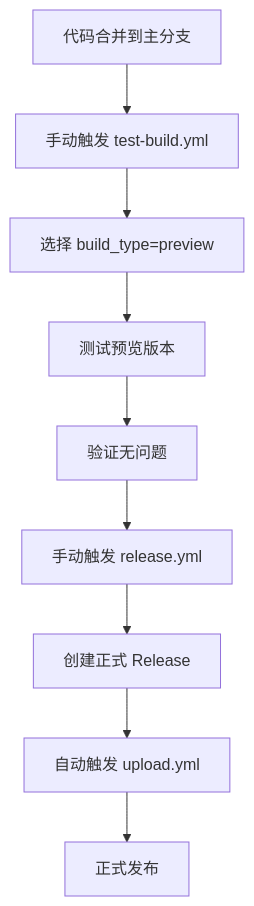
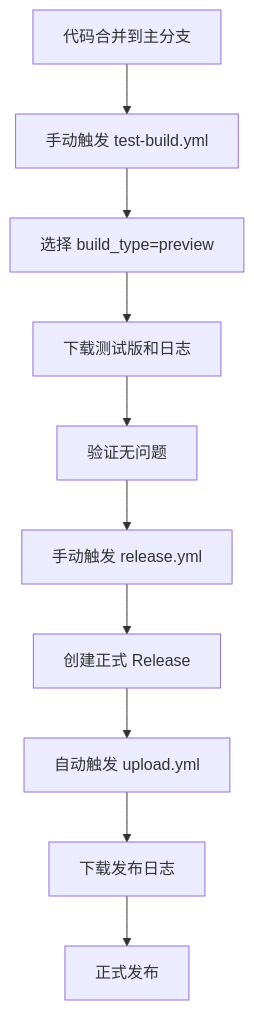
The second of 3 diagrams in .github/workflows/README.md (Polystachya/koishi-android), drawn with Mermaid before and after one commit. The commit also changed other lines of this file, not shown here.

````diff
--- a/.github/workflows/README.md
+++ b/.github/workflows/README.md
@@ -106,11 +143,12 @@
 ```mermaid
 graph TD
     A[代码合并到主分支] --> B[手动触发 test-build.yml]
     B --> C[选择 build_type=preview]
-    C --> D[测试预览版本]
+    C --> D[下载测试版和日志]
     D --> E[验证无问题]
     E --> F[手动触发 release.yml]
     F --> G[创建正式 Release]
     G --> H[自动触发 upload.yml]
-    H --> I[正式发布]
+    H --> I[下载发布日志]
+    I --> J[正式发布]
 ```
````
